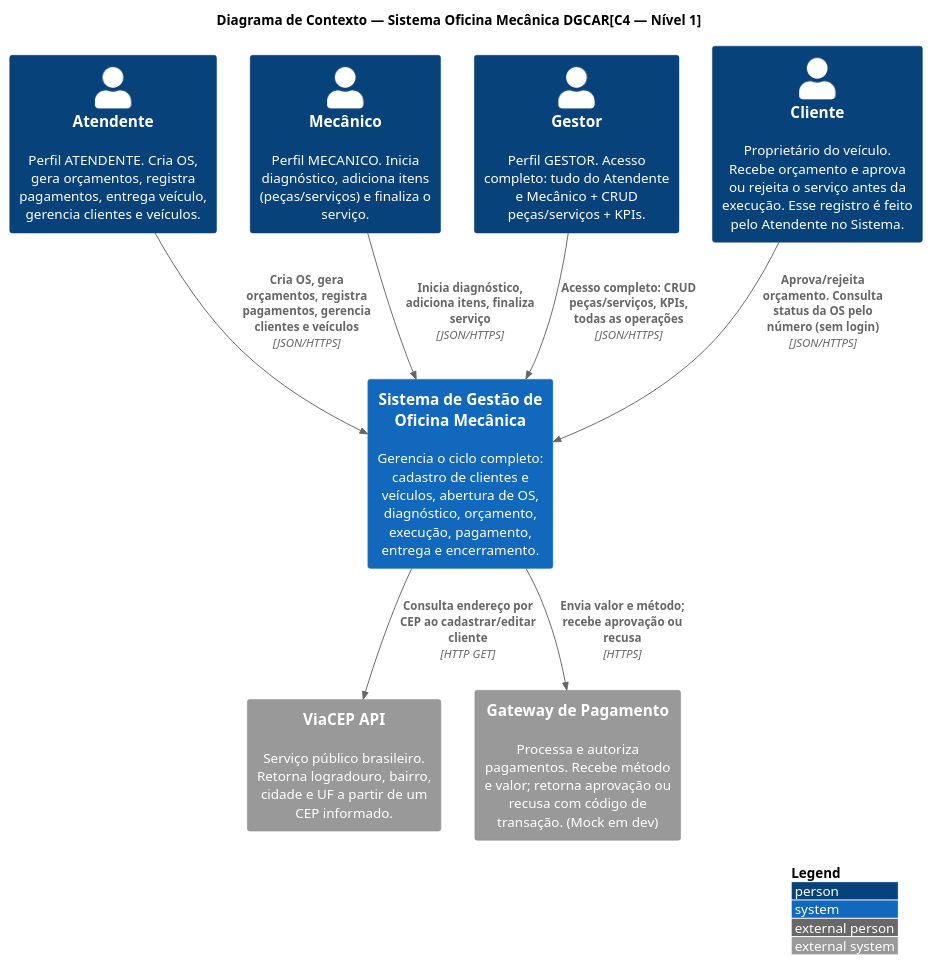
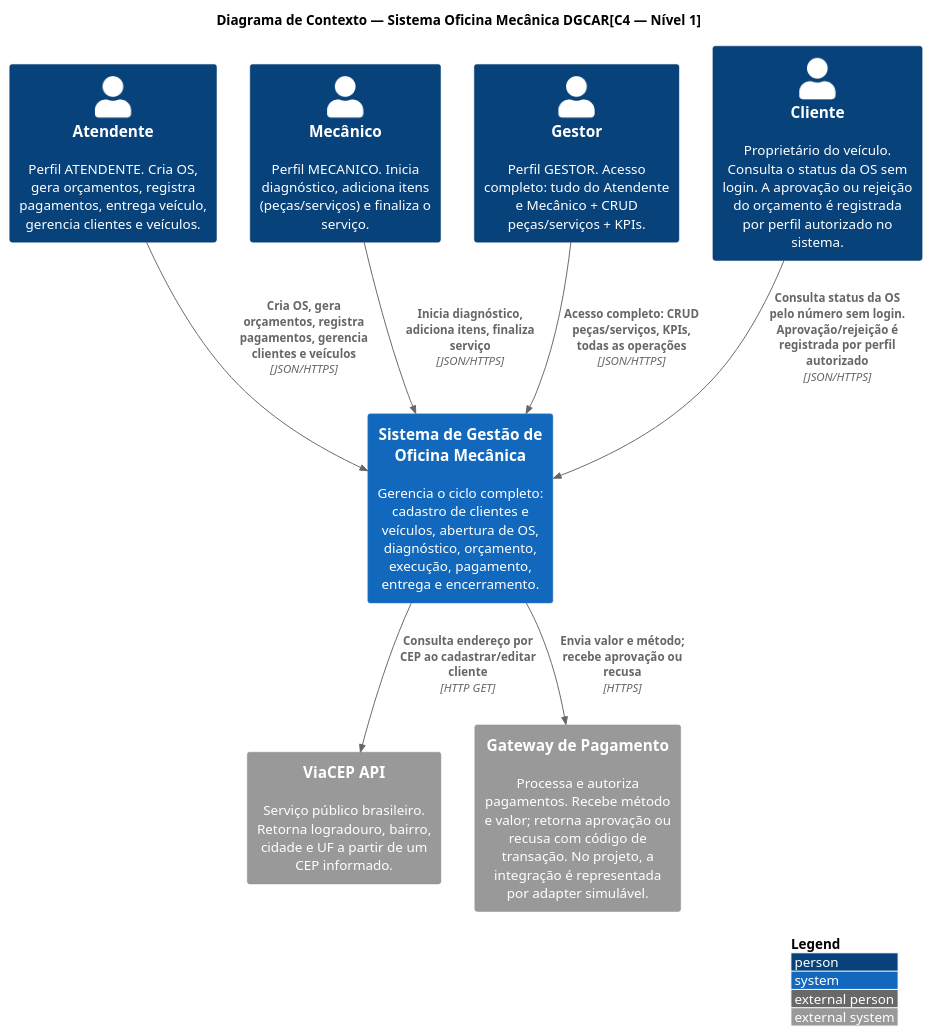
One commit to techdgconsulting/mvp-posfiap-oficina-mecanica changed the diagram in docs/diagramas/C4/1-diagram-context.puml. Above: the diagram before and after it, drawn with PlantUML. The commit also changed 606 other files, not shown here.

```diff
--- a/docs/diagramas/C4/1-diagram-context.puml
+++ b/docs/diagramas/C4/1-diagram-context.puml
@@ -1,37 +1,37 @@
 @startuml C4_Context_OficinaMecanica
 !include <C4/C4_Context>
 
 LAYOUT_TOP_DOWN()
 LAYOUT_WITH_LEGEND()
 
 title Diagrama de Contexto — Sistema Oficina Mecânica DGCAR[C4 — Nível 1]
 
 ' ─── OBJETIVOS ────────────────────────────────────────────────────────
 'Visão ampla do sistema evidenciando a conexeção com sistemas externos.
 
 ' ─── USO ──────────────────────────────────────────────────────────────
 'Ideal para gestores e stackholders que precisam de uma visão geral, sem entrar em detalhes técnicos.
 
 
 ' ─── PESSOAS ──────────────────────────────────────────────────────────────────
 Person(atendente, "Atendente", "Perfil ATENDENTE. Cria OS, gera orçamentos, registra pagamentos, entrega veículo, gerencia clientes e veículos.")
 Person(mecanico, "Mecânico", "Perfil MECANICO. Inicia diagnóstico, adiciona itens (peças/serviços) e finaliza o serviço.")
 Person(gestor, "Gestor", "Perfil GESTOR. Acesso completo: tudo do Atendente e Mecânico + CRUD peças/serviços + KPIs.")
-Person(cliente, "Cliente", "Proprietário do veículo. Recebe orçamento e aprova ou rejeita o serviço antes da execução. Esse registro é feito pelo Atendente no Sistema.")
+Person(cliente, "Cliente", "Proprietário do veículo. Consulta o status da OS sem login. A aprovação ou rejeição do orçamento é registrada por perfil autorizado no sistema.")
 
 ' ─── SISTEMA PRINCIPAL ────────────────────────────────────────────────────────
 System(oficina, "Sistema de Gestão de Oficina Mecânica", "Gerencia o ciclo completo: cadastro de clientes e veículos, abertura de OS, diagnóstico, orçamento, execução, pagamento, entrega e encerramento.")
 
 ' ─── SISTEMAS EXTERNOS ────────────────────────────────────────────────────────
 System_Ext(viacep, "ViaCEP API", "Serviço público brasileiro. Retorna logradouro, bairro, cidade e UF a partir de um CEP informado.")
-System_Ext(gateway, "Gateway de Pagamento", "Processa e autoriza pagamentos. Recebe método e valor; retorna aprovação ou recusa com código de transação. (Mock em dev)")
+System_Ext(gateway, "Gateway de Pagamento", "Processa e autoriza pagamentos. Recebe método e valor; retorna aprovação ou recusa com código de transação. No projeto, a integração é representada por adapter simulável.")
 
 ' ─── RELACIONAMENTOS ──────────────────────────────────────────────────────────
 Rel(atendente, oficina, "Cria OS, gera orçamentos, registra pagamentos, gerencia clientes e veículos", "JSON/HTTPS")
 Rel(mecanico, oficina, "Inicia diagnóstico, adiciona itens, finaliza serviço", "JSON/HTTPS")
 Rel(gestor, oficina, "Acesso completo: CRUD peças/serviços, KPIs, todas as operações", "JSON/HTTPS")
-Rel(cliente, oficina, "Aprova/rejeita orçamento. Consulta status da OS pelo número (sem login)", "JSON/HTTPS")
+Rel(cliente, oficina, "Consulta status da OS pelo número sem login. Aprovação/rejeição é registrada por perfil autorizado", "JSON/HTTPS")
 Rel(oficina, viacep, "Consulta endereço por CEP ao cadastrar/editar cliente", "HTTP GET")
 Rel(oficina, gateway, "Envia valor e método; recebe aprovação ou recusa", "HTTPS")
 
 @enduml
```
